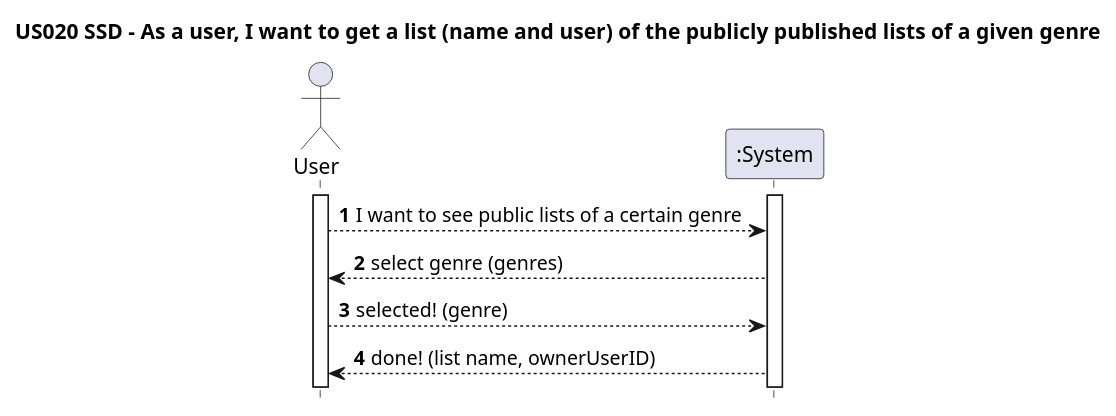
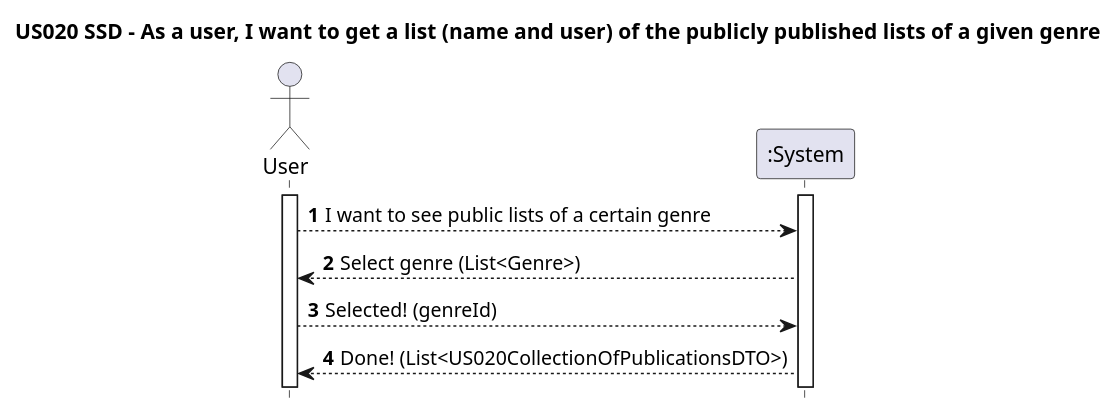
The diagram in Diagrams/SequenceDiagrams/N1/US020-to-get-a-list-of-published-lists-of-a-genre_SSD.puml (AndrePereiraGitH/SWitCH-Project-Team_A), drawn with PlantUML before and after one commit. The commit also changed 5 other files, not shown here.

Commit message:
Working on #619, fixed SSD, SD and CD diagrams for US020

```diff
--- a/Diagrams/SequenceDiagrams/N1/US020-to-get-a-list-of-published-lists-of-a-genre_SSD.puml
+++ b/Diagrams/SequenceDiagrams/N1/US020-to-get-a-list-of-published-lists-of-a-genre_SSD.puml
@@ -1,24 +1,24 @@
 @startuml
 'https://plantuml.com/sequence-diagram
 
 hide footbox
 autonumber
 
 title US020 SSD - As a user, I want to get a list (name and user) of the publicly published lists of a given genre
 
 actor User
 participant ":System" as System
 
 activate User
 activate System
 
 User --> System: I want to see public lists of a certain genre
 
-System --> User: select genre (genres)
+System --> User: Select genre (List<Genre>)
 
-User --> System: selected! (genre)
+User --> System: Selected! (genreId)
 
-System -->  User: done! (list name, ownerUserID)
+System -->  User: Done! (List<US020CollectionOfPublicationsDTO>)
 
 
 @enduml
```
